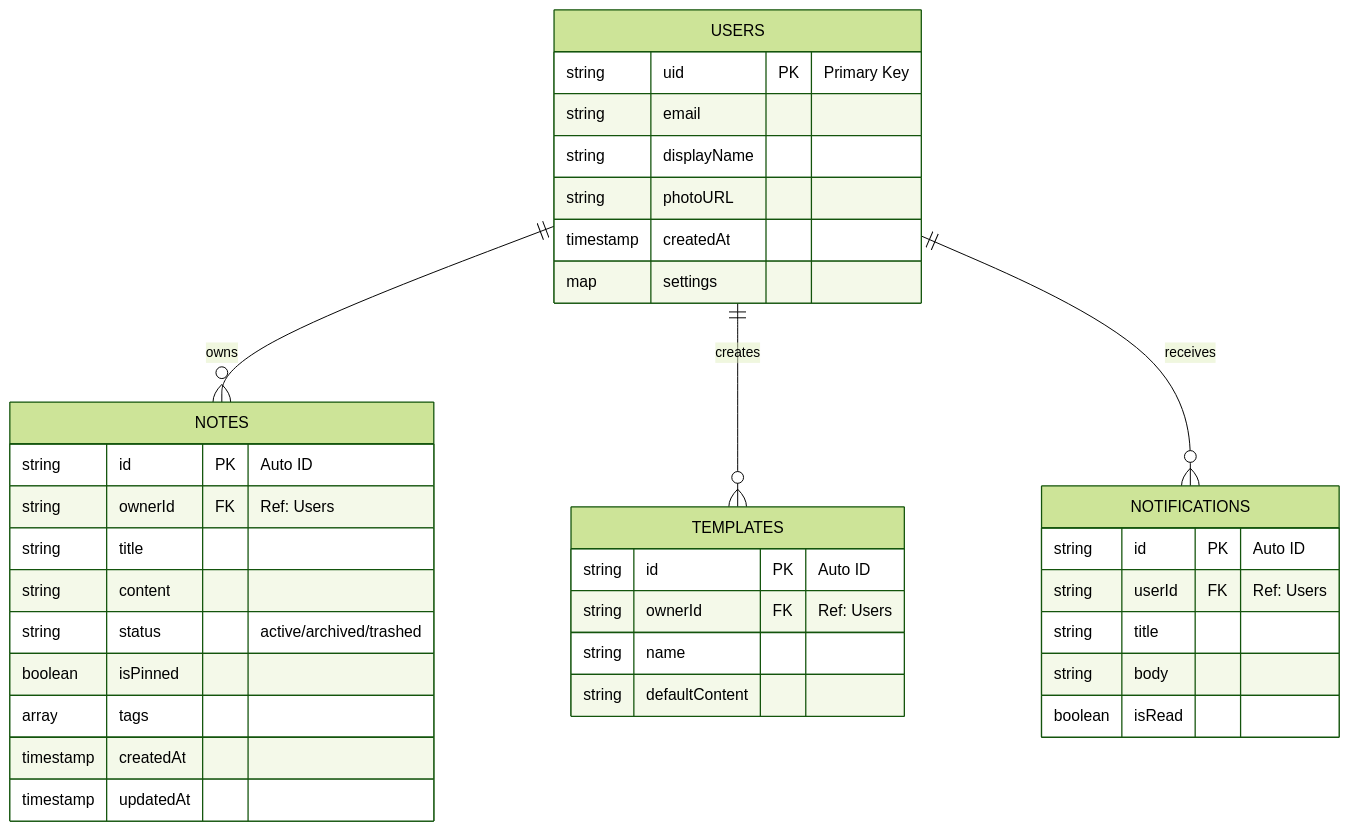
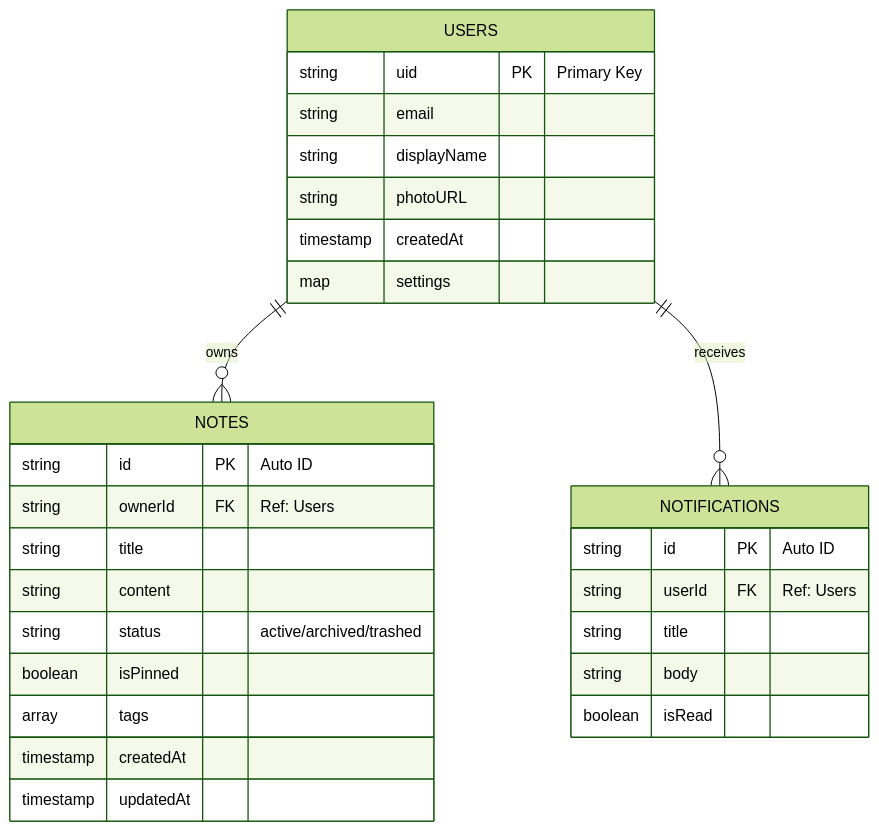
Before and after one commit to KishiEdward/Notes_App_UAS: the diagram in README.md, drawn with Mermaid (forest theme).

Commit message:
membuat schema database dengan mermaid.js

````diff
--- a/README.md
+++ b/README.md
@@ -215,42 +215,34 @@
 ```mermaid
 erDiagram
     USERS ||--o{ NOTES : "owns"
-    USERS ||--o{ TEMPLATES : "creates"
     USERS ||--o{ NOTIFICATIONS : "receives"
 
     USERS {
         string uid PK "Primary Key"
         string email
         string displayName
         string photoURL
         timestamp createdAt
         map settings
     }
 
     NOTES {
         string id PK "Auto ID"
         string ownerId FK "Ref: Users"
         string title
         string content
         string status "active/archived/trashed"
         boolean isPinned
         array tags
         timestamp createdAt
         timestamp updatedAt
     }
 
-    TEMPLATES {
-        string id PK "Auto ID"
-        string ownerId FK "Ref: Users"
-        string name
-        string defaultContent
-    }
-
     NOTIFICATIONS {
         string id PK "Auto ID"
         string userId FK "Ref: Users"
         string title
         string body
         boolean isRead
     }
 ```
````
